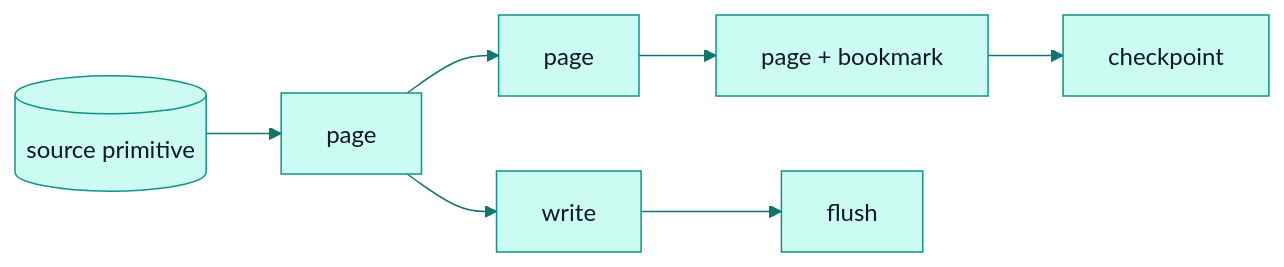
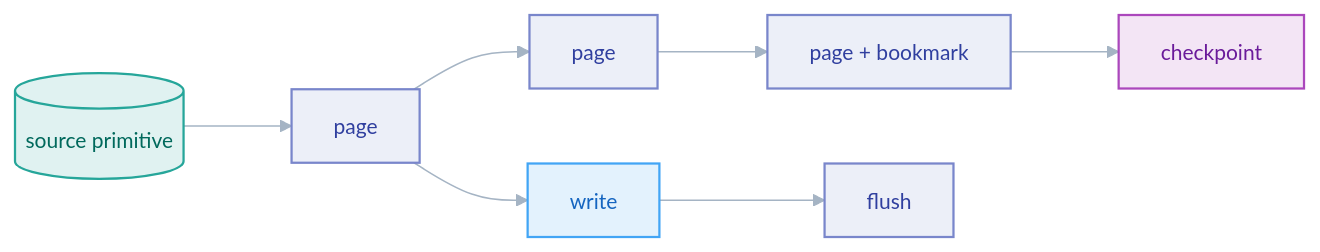
One commit to PawanSikawat/faucet-stream changed the diagram in docs/adr/0001-stream-pages.md. Above: the diagram before and after it, drawn with Mermaid. The commit also changed 28 other files, not shown here.

First line of the commit message:
docs: upgrade Mermaid diagrams to V2 role-coded style

````diff
--- a/docs/adr/0001-stream-pages.md
+++ b/docs/adr/0001-stream-pages.md
@@ -36,7 +36,15 @@
 ```mermaid
-%%{init: {'theme':'base','themeVariables':{'primaryColor':'#ccfbf1','primaryTextColor':'#0f172a','primaryBorderColor':'#0d9488','lineColor':'#0f766e','secondaryColor':'#e0f2fe','tertiaryColor':'#f0fdfa','fontFamily':'-apple-system,BlinkMacSystemFont,Segoe UI,sans-serif'}}}%%
+%%{init: {'theme':'base','flowchart':{'curve':'basis','nodeSpacing':50,'rankSpacing':72,'padding':14},'themeVariables':{'fontFamily':'-apple-system,BlinkMacSystemFont,Segoe UI,sans-serif','fontSize':'14px','lineColor':'#a5b4c4','clusterBkg':'#f8fafc','clusterBorder':'#e2e8f0'}}}%%
 flowchart LR
     SRC[(source primitive)] --> P1[page] --> P2[page] --> P3[page + bookmark]
     P1 --> W1[write] --> F1[flush]
     P3 --> CK[checkpoint]
+    classDef src fill:#e0f2f1,stroke:#26a69a,stroke-width:1.5px,color:#00695c
+    classDef proc fill:#eceff8,stroke:#7986cb,stroke-width:1.5px,color:#303f9f
+    classDef store fill:#f3e5f5,stroke:#ab47bc,stroke-width:1.5px,color:#6a1b9a
+    classDef sink fill:#e3f2fd,stroke:#42a5f5,stroke-width:1.5px,color:#1565c0
+    class SRC src
+    class P1,P2,P3,F1 proc
+    class CK store
+    class W1 sink
 ```
````
